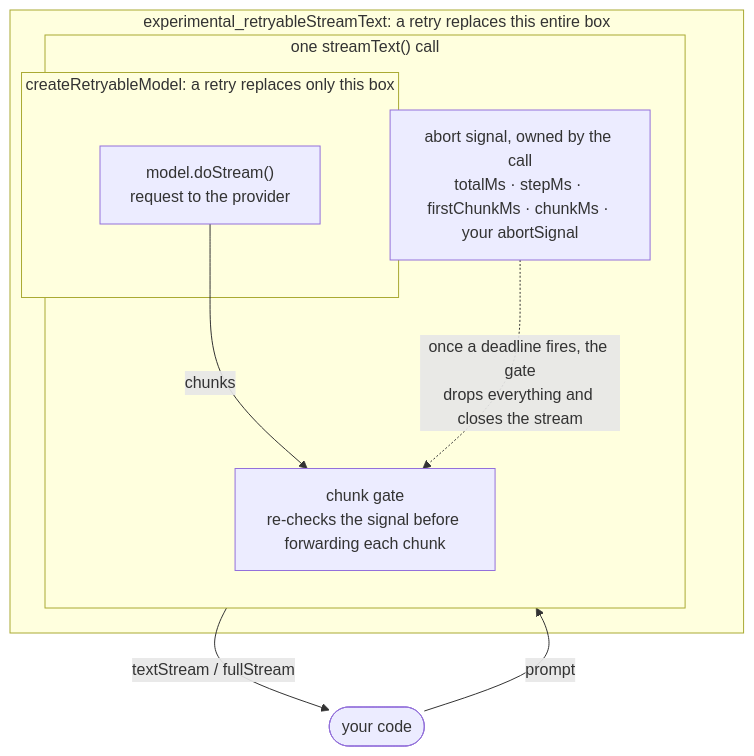
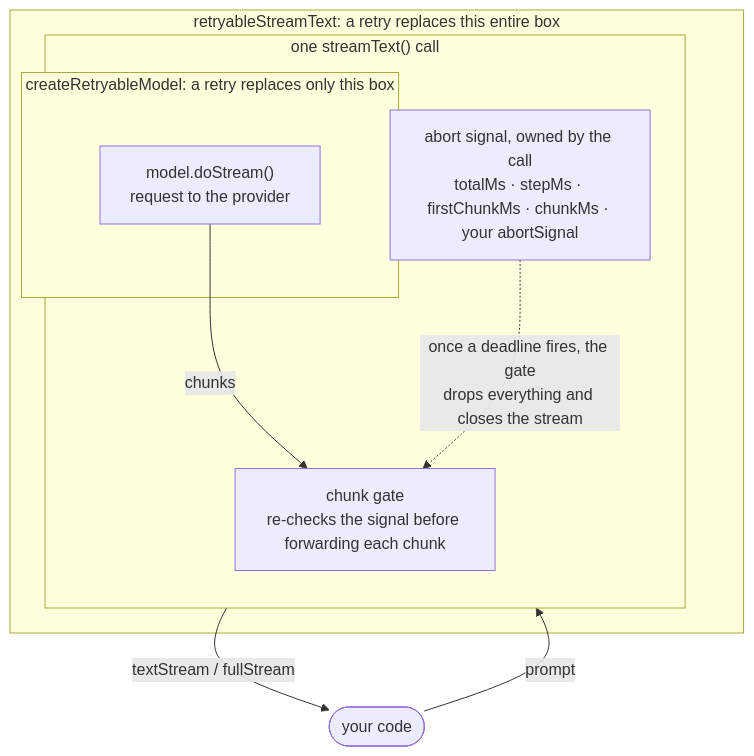
The first of 2 diagrams in README.md (zirkelc/ai-retry), drawn with Mermaid before and after one commit. The commit also changed other lines of this file and 3 other files, not shown here.

````diff
--- a/README.md
+++ b/README.md
@@ -1043,20 +1041,20 @@
 ```mermaid
 flowchart TB
   you(["your code"])
 
-  subgraph outer["experimental_retryableStreamText: a retry replaces this entire box"]
+  subgraph outer["retryableStreamText: a retry replaces this entire box"]
     subgraph call["one streamText() call"]
       direction TB
       sig["abort signal, owned by the call<br>totalMs · stepMs · firstChunkMs · chunkMs · your abortSignal"]
       subgraph inner["createRetryableModel: a retry replaces only this box"]
         ds["model.doStream()<br>request to the provider"]
       end
       gate["chunk gate<br>re-checks the signal before forwarding each chunk"]
     end
   end
 
   you -- "prompt" --> ds
   ds -- "chunks" --> gate
   sig -. "once a deadline fires, the gate<br>drops everything and closes the stream" .-> gate
   gate -- "textStream / fullStream" --> you
 ```
````
